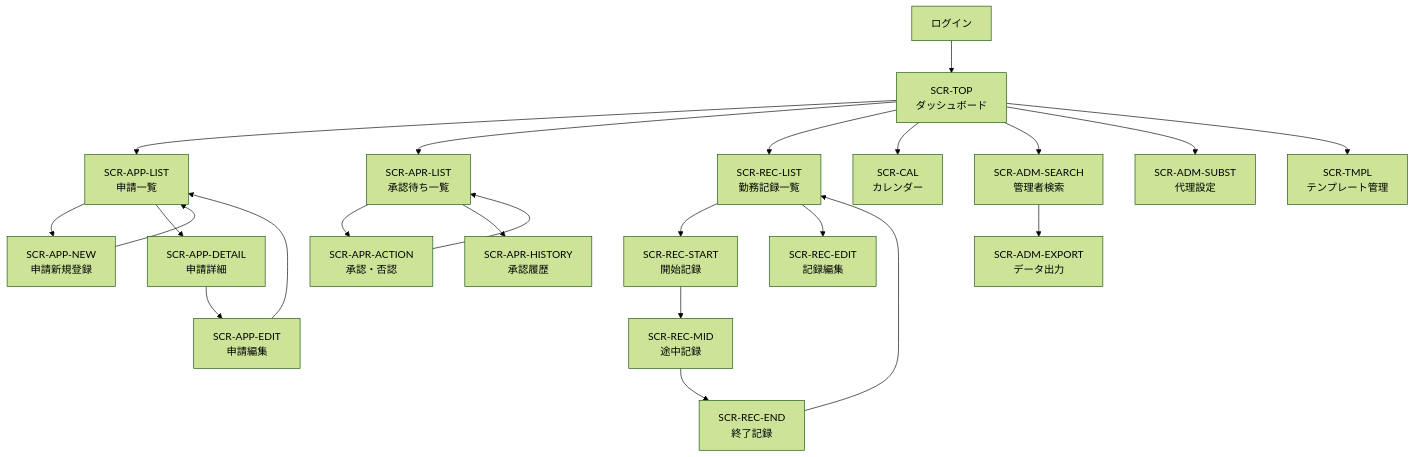
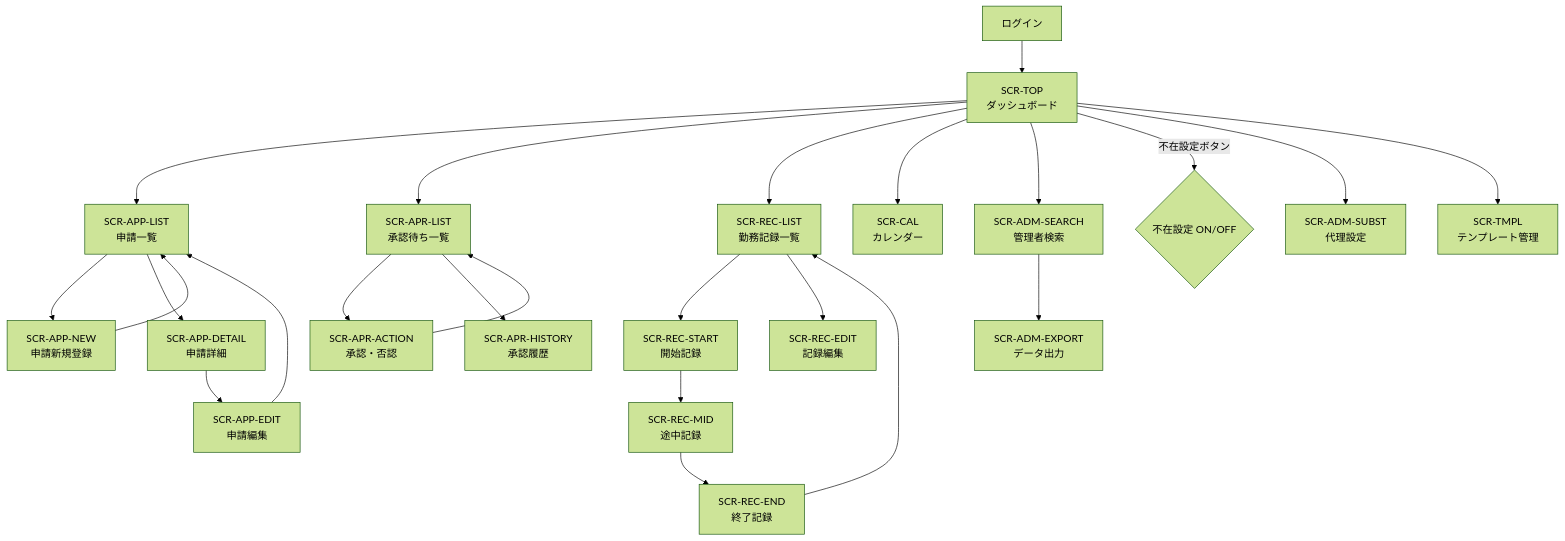
Diagram 19 of 19 in remote_flow/spec.md (ctenopoma/Memo), drawn with Mermaid (forest theme) before and after one commit. The commit also changed other lines of this file and 1 other file, not shown here.

Commit message:
Refactor existing business flow documentation to include various work-related applications and streamline the approval process. Added reminders for overtime applications and updated sequence diagrams accordingly.

````diff
--- a/remote_flow/spec.md
+++ b/remote_flow/spec.md
@@ -384,30 +830,31 @@
 ```mermaid
 graph TD
     LOGIN[ログイン] --> TOP[SCR-TOP<br>ダッシュボード]
     
     TOP --> APP_LIST[SCR-APP-LIST<br>申請一覧]
     TOP --> APR_LIST[SCR-APR-LIST<br>承認待ち一覧]
     TOP --> REC_LIST[SCR-REC-LIST<br>勤務記録一覧]
     TOP --> CAL[SCR-CAL<br>カレンダー]
     TOP --> ADM_SEARCH[SCR-ADM-SEARCH<br>管理者検索]
+    TOP -->|不在設定ボタン| ABSENCE{不在設定 ON/OFF}
     
     APP_LIST --> APP_NEW[SCR-APP-NEW<br>申請新規登録]
     APP_LIST --> APP_DETAIL[SCR-APP-DETAIL<br>申請詳細]
     APP_DETAIL --> APP_EDIT[SCR-APP-EDIT<br>申請編集]
     APP_NEW --> APP_LIST
     APP_EDIT --> APP_LIST
     
     APR_LIST --> APR_ACTION[SCR-APR-ACTION<br>承認・否認]
     APR_LIST --> APR_HISTORY[SCR-APR-HISTORY<br>承認履歴]
     APR_ACTION --> APR_LIST
     
     REC_LIST --> REC_START[SCR-REC-START<br>開始記録]
     REC_LIST --> REC_EDIT[SCR-REC-EDIT<br>記録編集]
     REC_START --> REC_MID[SCR-REC-MID<br>途中記録]
     REC_MID --> REC_END[SCR-REC-END<br>終了記録]
     REC_END --> REC_LIST
     
     ADM_SEARCH --> ADM_EXPORT[SCR-ADM-EXPORT<br>データ出力]
     TOP --> ADM_SUBST[SCR-ADM-SUBST<br>代理設定]
     TOP --> TMPL[SCR-TMPL<br>テンプレート管理]
 ```
````
